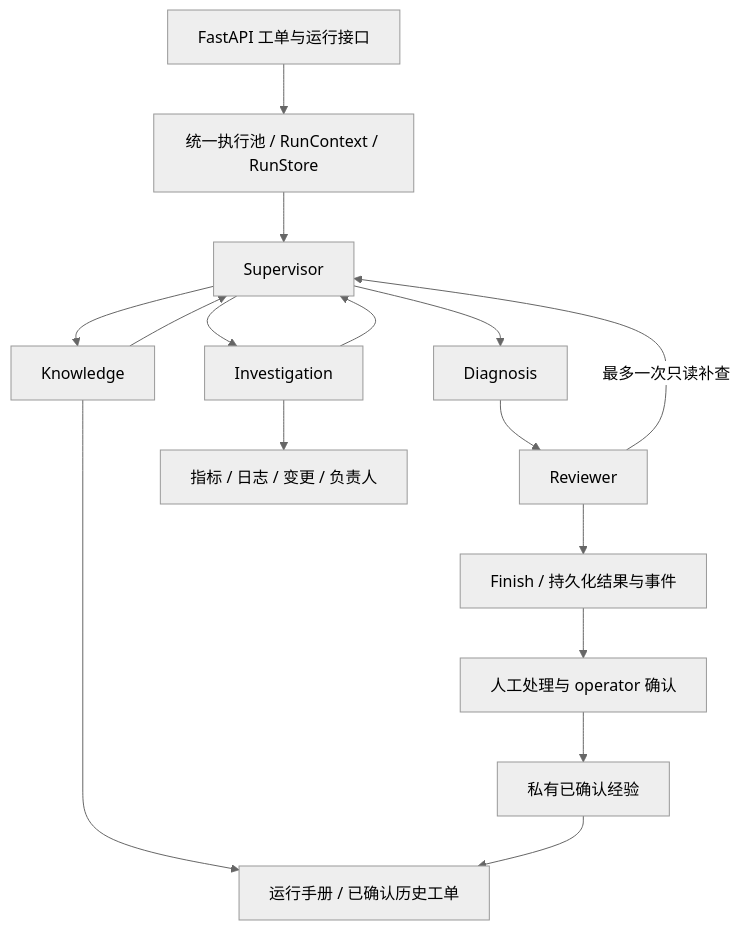
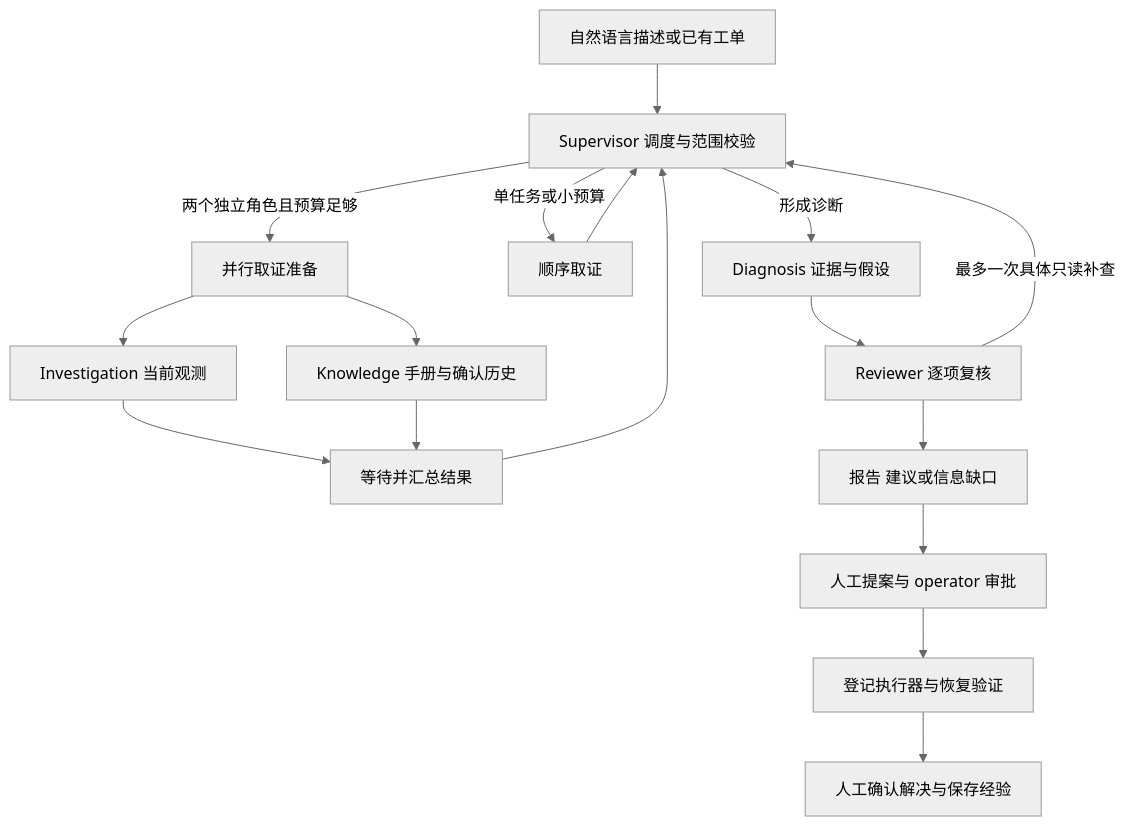
The diagram in README.md (Heresy0/IT_Incident_Agent), drawn with Mermaid (neutral theme) before and after one commit. The commit also changed other lines of this file and 41 other files, not shown here.

````diff
--- a/README.md
+++ b/README.md
@@ -71,18 +26,19 @@
 ```mermaid
 flowchart TD
-    API[FastAPI 工单与运行接口] --> SERVICE[统一执行池 / RunContext / RunStore]
-    SERVICE --> S[Supervisor]
-    S --> I[Investigation]
-    S --> K[Knowledge]
-    I --> S
-    K --> S
-    S --> D[Diagnosis]
-    D --> R[Reviewer]
-    R -->|最多一次只读补查| S
-    R --> F[Finish / 持久化结果与事件]
-    I --> TOOLS[指标 / 日志 / 变更 / 负责人]
-    K --> KNOWLEDGE[运行手册 / 已确认历史工单]
-    F --> HUMAN[人工处理与 operator 确认]
-    HUMAN --> HISTORY[私有已确认经验]
-    HISTORY --> KNOWLEDGE
+    U[自然语言描述或已有工单] --> S[Supervisor 调度与范围校验]
+    S -->|两个独立角色且预算足够| P[并行取证准备]
+    P --> I[Investigation 当前观测]
+    P --> K[Knowledge 手册与确认历史]
+    I --> J[等待并汇总结果]
+    K --> J
+    J --> S
+    S -->|单任务或小预算| T[顺序取证]
+    T --> S
+    S -->|形成诊断| D[Diagnosis 证据与假设]
+    D --> R[Reviewer 逐项复核]
+    R -->|最多一次具体只读补查| S
+    R --> F[报告 建议或信息缺口]
+    F --> A[人工提案与 operator 审批]
+    A --> E[登记执行器与恢复验证]
+    E --> H[人工确认解决与保存经验]
 ```
````
